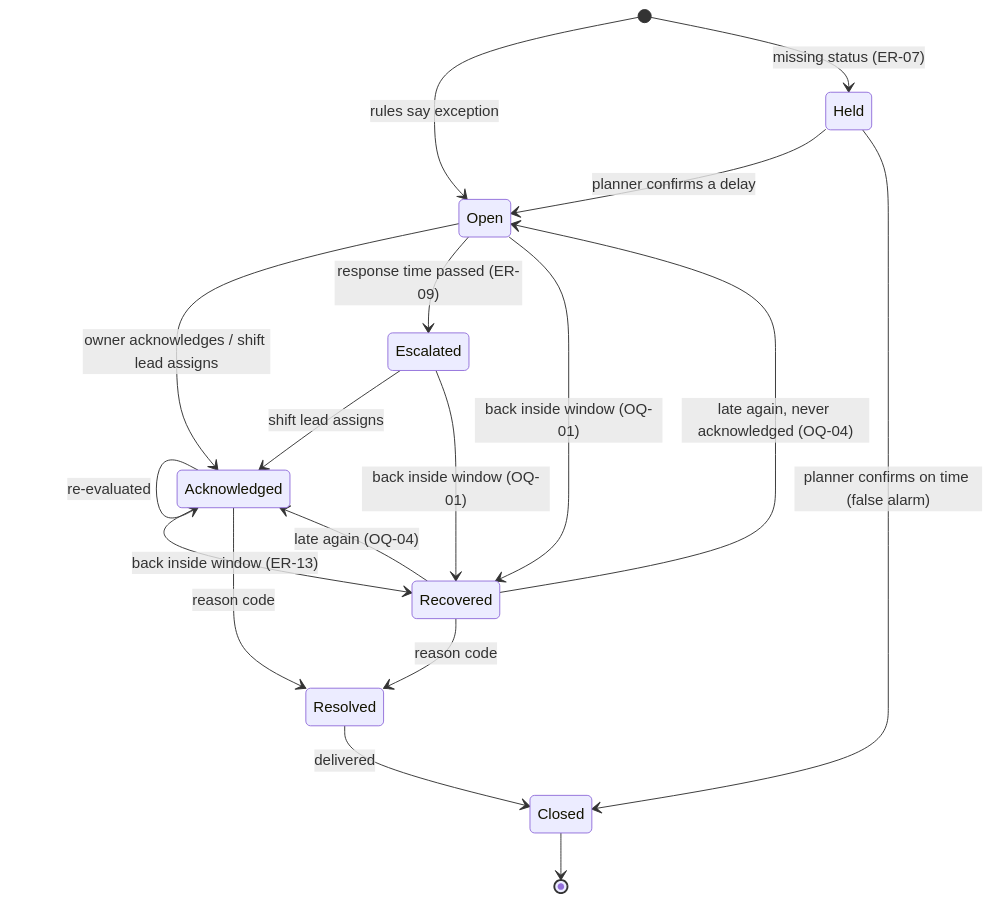
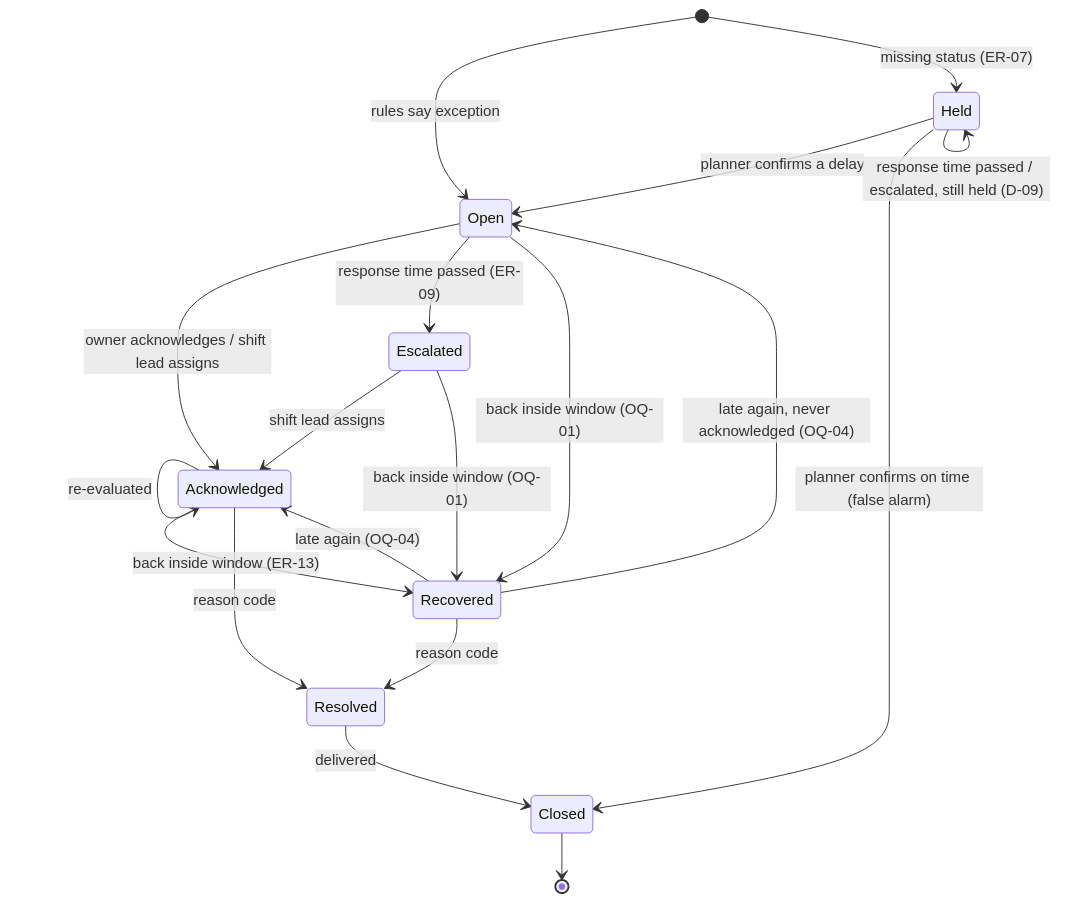
Before and after one commit to phlppgdfry/shipment-exception-management-business-analysis: the third of 3 diagrams in docs/12-architecture/data-model-and-states.md, drawn with Mermaid. The commit also changed other lines of this file and 66 other files, not shown here.

````diff
--- a/docs/12-architecture/data-model-and-states.md
+++ b/docs/12-architecture/data-model-and-states.md
@@ -117,20 +117,21 @@
 ```mermaid
 stateDiagram-v2
   [*] --> Open: rules say exception
   [*] --> Held: missing status (ER-07)
   Held --> Open: planner confirms a delay
   Held --> Closed: planner confirms on time (false alarm)
+  Held --> Held: response time passed / escalated, still held (D-09)
   Open --> Acknowledged: owner acknowledges / shift lead assigns
   Open --> Escalated: response time passed (ER-09)
   Escalated --> Acknowledged: shift lead assigns
   Open --> Recovered: back inside window (OQ-01)
   Escalated --> Recovered: back inside window (OQ-01)
   Acknowledged --> Acknowledged: re-evaluated
   Acknowledged --> Recovered: back inside window (ER-13)
   Recovered --> Open: late again, never acknowledged (OQ-04)
   Recovered --> Acknowledged: late again (OQ-04)
   Acknowledged --> Resolved: reason code
   Recovered --> Resolved: reason code
   Resolved --> Closed: delivered
   Closed --> [*]
 ```
````
